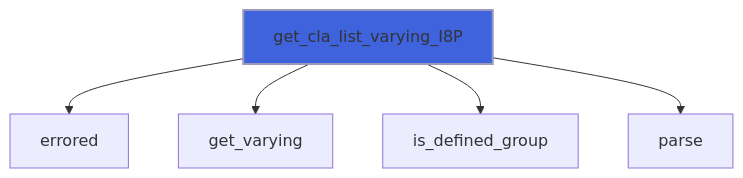
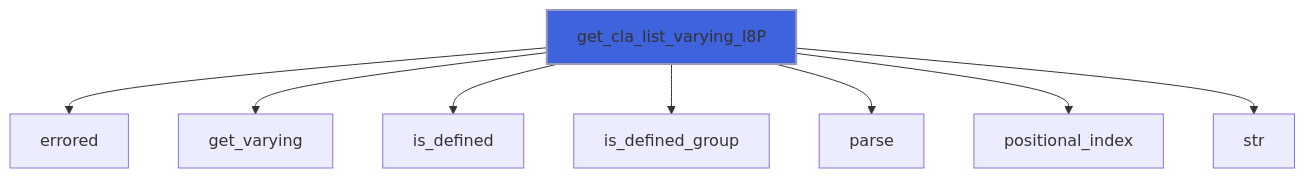
Before and after one commit to szaghi/FLAP: diagram 25 of 57 in docs/api/src/lib/flap_command_line_interface_t.md, drawn with Mermaid. The commit also changed other lines of this file and 17 other files, not shown here.

````diff
--- a/docs/api/src/lib/flap_command_line_interface_t.md
+++ b/docs/api/src/lib/flap_command_line_interface_t.md
@@ -728,8 +1016,11 @@
 ```mermaid
 flowchart TD
   get_cla_list_varying_I8P["get_cla_list_varying_I8P"] --> errored["errored"]
   get_cla_list_varying_I8P["get_cla_list_varying_I8P"] --> get_varying["get_varying"]
+  get_cla_list_varying_I8P["get_cla_list_varying_I8P"] --> is_defined["is_defined"]
   get_cla_list_varying_I8P["get_cla_list_varying_I8P"] --> is_defined_group["is_defined_group"]
   get_cla_list_varying_I8P["get_cla_list_varying_I8P"] --> parse["parse"]
+  get_cla_list_varying_I8P["get_cla_list_varying_I8P"] --> positional_index["positional_index"]
+  get_cla_list_varying_I8P["get_cla_list_varying_I8P"] --> str["str"]
   style get_cla_list_varying_I8P fill:#3e63dd,stroke:#99b,stroke-width:2px
 ```
````
